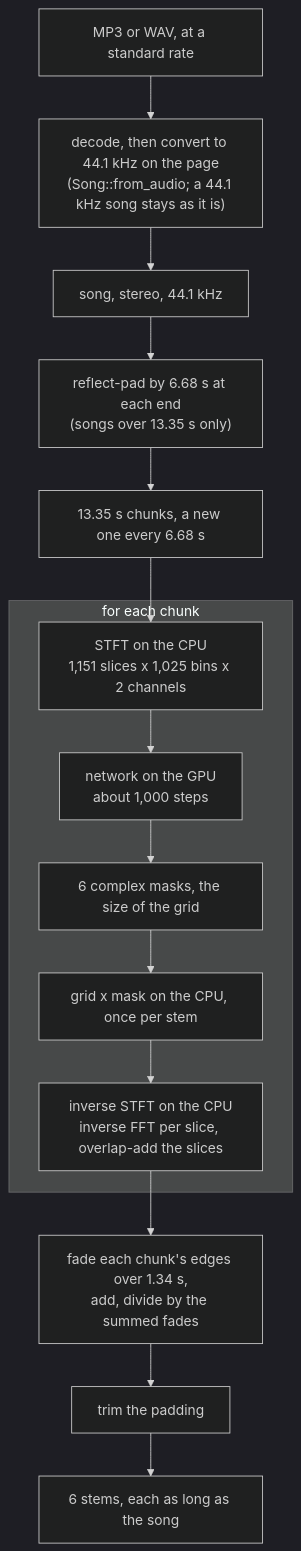
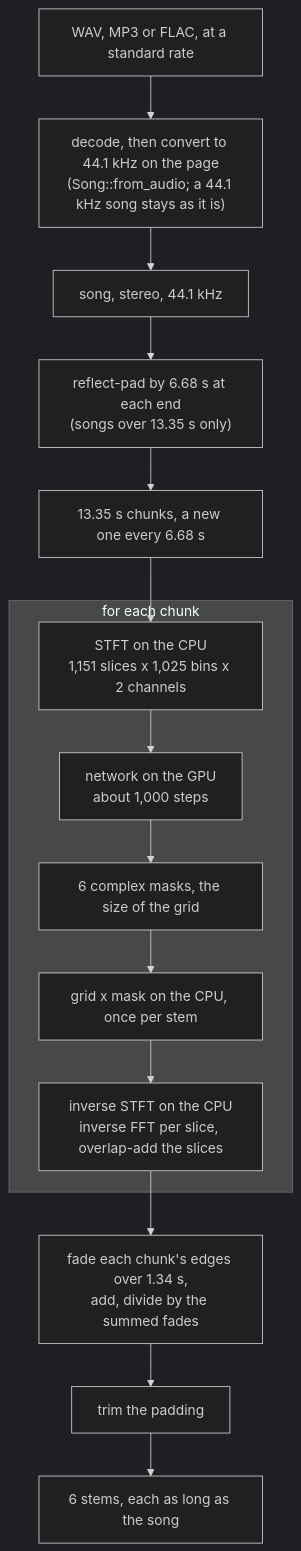
The second of 4 diagrams in docs/ARCHITECTURE.md (lloydmeta/stemyla), drawn with Mermaid (dark theme) before and after one commit. The commit also changed other lines of this file and 29 other files, not shown here.

````diff
--- a/docs/ARCHITECTURE.md
+++ b/docs/ARCHITECTURE.md
@@ -76,19 +76,19 @@
 ```mermaid
 flowchart TD
-  FILE["MP3 or WAV, at a standard rate"] --> CONV["decode, then convert to 44.1 kHz on the page<br/>(Song::from_audio; a 44.1 kHz song stays as it is)"]
+  FILE["WAV, MP3 or FLAC, at a standard rate"] --> CONV["decode, then convert to 44.1 kHz on the page<br/>(Song::from_audio; a 44.1 kHz song stays as it is)"]
   CONV --> SONG["song, stereo, 44.1 kHz"]
   SONG --> PAD["reflect-pad by 6.68 s at each end<br/>(songs over 13.35 s only)"]
   PAD --> CUT["13.35 s chunks, a new one every 6.68 s"]
   subgraph chunk["for each chunk"]
     STFT["STFT on the CPU<br/>1,151 slices x 1,025 bins x 2 channels"]
     NET["network on the GPU<br/>about 1,000 steps"]
     MASKS["6 complex masks, the size of the grid"]
     APPLY["grid x mask on the CPU, once per stem"]
     ISTFT["inverse STFT on the CPU<br/>inverse FFT per slice, overlap-add the slices"]
     STFT --> NET --> MASKS --> APPLY --> ISTFT
   end
   CUT --> STFT
   ISTFT --> XF["fade each chunk's edges over 1.34 s,<br/>add, divide by the summed fades"]
   XF --> TRIM["trim the padding"]
   TRIM --> STEMS["6 stems, each as long as the song"]
 ```
````
